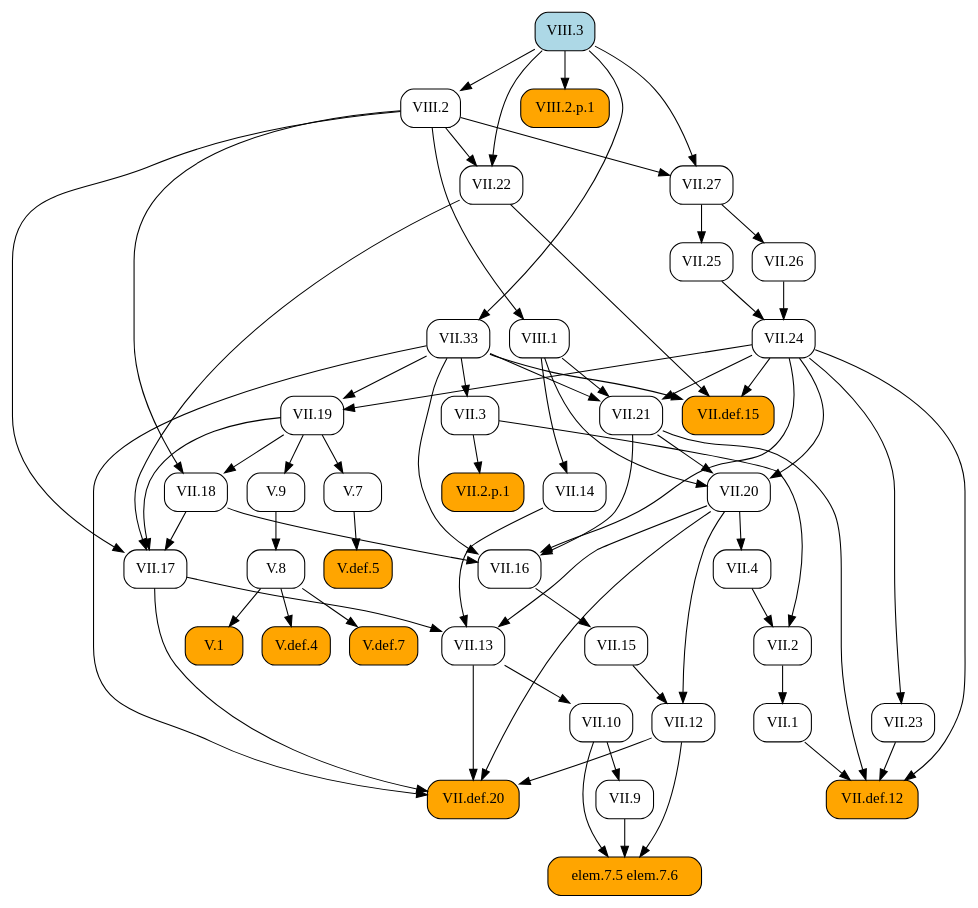
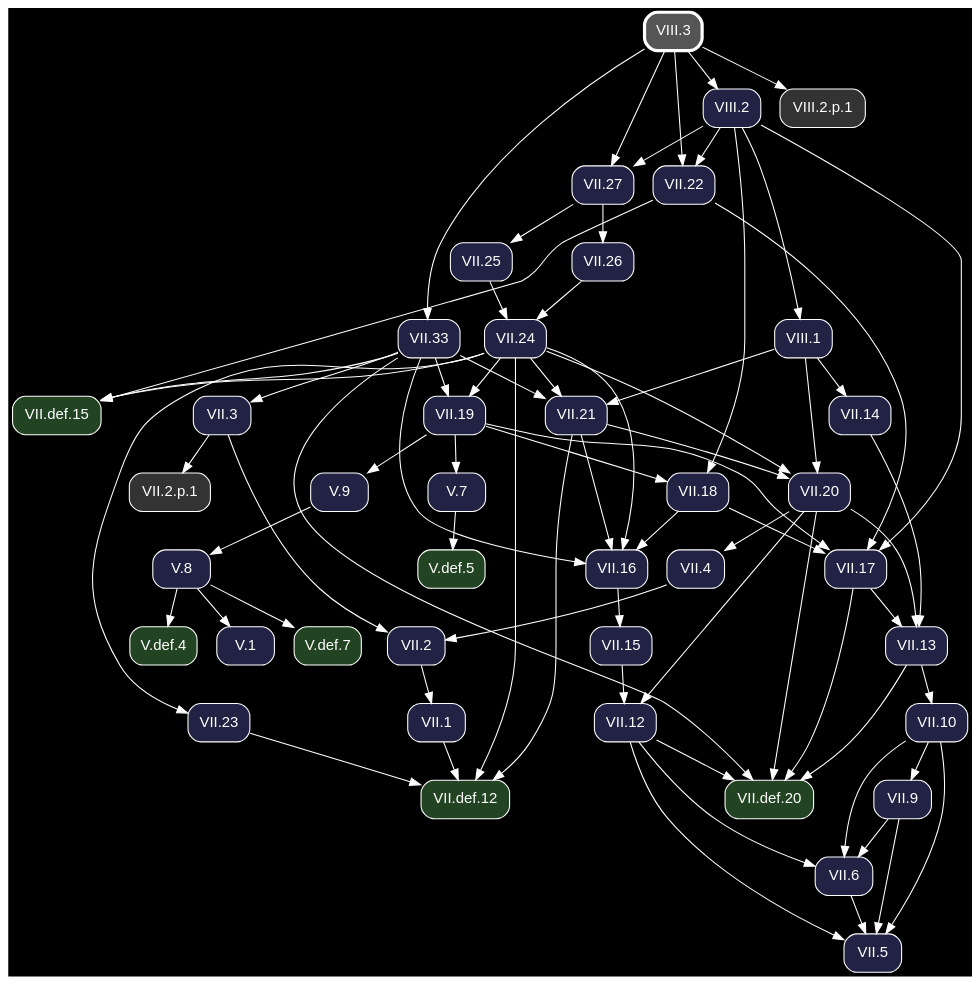
One commit to geometor/elements changed the diagram in docsrc/heath/VIII/3/index.rst. Above: the diagram before and after it, drawn with Graphviz. The commit also changed other lines of this file and 1200 other files, not shown here.

Commit message:
update dependency graphs

```diff
--- a/docsrc/heath/VIII/3/index.rst
+++ b/docsrc/heath/VIII/3/index.rst
@@ -40,79 +40,54 @@
 .. graphviz::
 
    digraph {
+     bgcolor="black";
+     node [shape=box, style="rounded,filled", fontname="Helvetica", color="white", fontcolor="white"];
+     edge [color="white", fontcolor="white"];
      rankdir="TB";
-     node [shape=box, style=rounded];
-     "VII.33" [URL="/heath/VII/33/", target="_top"];
-     "VII.12" [URL="/heath/VII/12/", target="_top"];
-     "elem.7.5 elem.7.6" [style="rounded,filled", fillcolor=orange];
-     "VII.9" [URL="/heath/VII/9/", target="_top"];
-     "VIII.2" [URL="/heath/VIII/2/", target="_top"];
-     "VII.18" [URL="/heath/VII/18/", target="_top"];
-     "VII.16" [URL="/heath/VII/16/", target="_top"];
-     "V.7" [URL="/heath/V/7/", target="_top"];
-     "VII.26" [URL="/heath/VII/26/", target="_top"];
-     "V.def.5" [style="rounded,filled", fillcolor=orange, URL="/heath/V/def.5/", target="_top"];
-     "V.9" [URL="/heath/V/9/", target="_top"];
-     "VII.10" [URL="/heath/VII/10/", target="_top"];
-     "VIII.3" [style="rounded,filled", fillcolor=lightblue, URL="/heath/VIII/3/", target="_top"];
-     "VII.13" [URL="/heath/VII/13/", target="_top"];
-     "VII.def.15" [style="rounded,filled", fillcolor=orange, URL="/heath/VII/def.15/", target="_top"];
-     "VII.17" [URL="/heath/VII/17/", target="_top"];
-     "VIII.2.p.1" [style="rounded,filled", fillcolor=orange];
-     "VII.19" [URL="/heath/VII/19/", target="_top"];
-     "VII.2" [URL="/heath/VII/2/", target="_top"];
-     "VII.def.20" [style="rounded,filled", fillcolor=orange, URL="/heath/VII/def.20/", target="_top"];
-     "VII.2.p.1" [style="rounded,filled", fillcolor=orange];
-     "VII.15" [URL="/heath/VII/15/", target="_top"];
-     "V.def.4" [style="rounded,filled", fillcolor=orange, URL="/heath/V/def.4/", target="_top"];
-     "V.def.7" [style="rounded,filled", fillcolor=orange, URL="/heath/V/def.7/", target="_top"];
-     "VII.14" [URL="/heath/VII/14/", target="_top"];
-     "VII.27" [URL="/heath/VII/27/", target="_top"];
-     "VII.21" [URL="/heath/VII/21/", target="_top"];
-     "VII.22" [URL="/heath/VII/22/", target="_top"];
-     "VII.25" [URL="/heath/VII/25/", target="_top"];
-     "VIII.1" [URL="/heath/VIII/1/", target="_top"];
-     "VII.1" [URL="/heath/VII/1/", target="_top"];
-     "V.8" [URL="/heath/V/8/", target="_top"];
-     "VII.23" [URL="/heath/VII/23/", target="_top"];
-     "VII.4" [URL="/heath/VII/4/", target="_top"];
-     "VII.def.12" [style="rounded,filled", fillcolor=orange, URL="/heath/VII/def.12/", target="_top"];
-     "V.1" [style="rounded,filled", fillcolor=orange, URL="/heath/V/1/", target="_top"];
-     "VII.3" [URL="/heath/VII/3/", target="_top"];
-     "VII.24" [URL="/heath/VII/24/", target="_top"];
-     "VII.20" [URL="/heath/VII/20/", target="_top"];
+     "VII.33" [fillcolor="#222244", URL="/heath/VII/33/", target="_top"];
+     "V.def.5" [fillcolor="#224422", URL="/heath/V/def.5/", target="_top"];
+     "VII.18" [fillcolor="#222244", URL="/heath/VII/18/", target="_top"];
+     "VII.2" [fillcolor="#222244", URL="/heath/VII/2/", target="_top"];
+     "VII.def.20" [fillcolor="#224422", URL="/heath/VII/def.20/", target="_top"];
+     "VII.26" [fillcolor="#222244", URL="/heath/VII/26/", target="_top"];
+     "VII.1" [fillcolor="#222244", URL="/heath/VII/1/", target="_top"];
+     "VII.13" [fillcolor="#222244", URL="/heath/VII/13/", target="_top"];
+     "VIII.2.p.1" [fillcolor="#333333"];
+     "VII.27" [fillcolor="#222244", URL="/heath/VII/27/", target="_top"];
+     "VII.4" [fillcolor="#222244", URL="/heath/VII/4/", target="_top"];
+     "VII.25" [fillcolor="#222244", URL="/heath/VII/25/", target="_top"];
+     "VII.21" [fillcolor="#222244", URL="/heath/VII/21/", target="_top"];
+     "VII.9" [fillcolor="#222244", URL="/heath/VII/9/", target="_top"];
+     "V.7" [fillcolor="#222244", URL="/heath/V/7/", target="_top"];
+     "VII.12" [fillcolor="#222244", URL="/heath/VII/12/", target="_top"];
+     "V.9" [fillcolor="#222244", URL="/heath/V/9/", target="_top"];
+     "VII.17" [fillcolor="#222244", URL="/heath/VII/17/", target="_top"];
+     "VII.24" [fillcolor="#222244", URL="/heath/VII/24/", target="_top"];
+     "VII.22" [fillcolor="#222244", URL="/heath/VII/22/", target="_top"];
+     "VIII.2" [fillcolor="#222244", URL="/heath/VIII/2/", target="_top"];
+     "V.def.7" [fillcolor="#224422", URL="/heath/V/def.7/", target="_top"];
+     "VII.20" [fillcolor="#222244", URL="/heath/VII/20/", target="_top"];
+     "V.def.4" [fillcolor="#224422", URL="/heath/V/def.4/", target="_top"];
+     "VII.5" [fillcolor="#222244", URL="/heath/VII/5/", target="_top"];
+     "VII.def.15" [fillcolor="#224422", URL="/heath/VII/def.15/", target="_top"];
+     "VIII.3" [penwidth=3, color="white", fillcolor="#555555", URL="/heath/VIII/3/", target="_top"];
+     "VII.2.p.1" [fillcolor="#333333"];
+     "VII.6" [fillcolor="#222244", URL="/heath/VII/6/", target="_top"];
+     "VII.16" [fillcolor="#222244", URL="/heath/VII/16/", target="_top"];
+     "VII.15" [fillcolor="#222244", URL="/heath/VII/15/", target="_top"];
+     "V.1" [fillcolor="#222244", URL="/heath/V/1/", target="_top"];
+     "VII.10" [fillcolor="#222244", URL="/heath/VII/10/", target="_top"];
+     "VII.23" [fillcolor="#222244", URL="/heath/VII/23/", target="_top"];
+     "VII.def.12" [fillcolor="#224422", URL="/heath/VII/def.12/", target="_top"];
+     "VII.19" [fillcolor="#222244", URL="/heath/VII/19/", target="_top"];
+     "VIII.1" [fillcolor="#222244", URL="/heath/VIII/1/", target="_top"];
+     "V.8" [fillcolor="#222244", URL="/heath/V/8/", target="_top"];
+     "VII.3" [fillcolor="#222244", URL="/heath/VII/3/", target="_top"];
+     "VII.14" [fillcolor="#222244", URL="/heath/VII/14/", target="_top"];
      "VIII.3" -> "VII.33";
-     "VII.15" -> "VII.12";
-     "VII.20" -> "VII.12";
-     "VII.9" -> "elem.7.5 elem.7.6";
-     "VII.10" -> "elem.7.5 elem.7.6";
-     "VII.12" -> "elem.7.5 elem.7.6";
-     "VII.10" -> "VII.9";
-     "VIII.3" -> "VIII.2";
+     "V.7" -> "V.def.5";
      "VII.19" -> "VII.18";
      "VIII.2" -> "VII.18";
-     "VII.18" -> "VII.16";
-     "VII.21" -> "VII.16";
-     "VII.24" -> "VII.16";
-     "VII.33" -> "VII.16";
-     "VII.19" -> "V.7";
-     "VII.27" -> "VII.26";
-     "V.7" -> "V.def.5";
-     "VII.19" -> "V.9";
-     "VII.13" -> "VII.10";
-     "VII.14" -> "VII.13";
-     "VII.17" -> "VII.13";
-     "VII.20" -> "VII.13";
-     "VII.22" -> "VII.def.15";
-     "VII.24" -> "VII.def.15";
-     "VII.33" -> "VII.def.15";
-     "VII.18" -> "VII.17";
-     "VII.19" -> "VII.17";
-     "VII.22" -> "VII.17";
-     "VIII.2" -> "VII.17";
-     "VIII.3" -> "VIII.2.p.1";
-     "VII.24" -> "VII.19";
-     "VII.33" -> "VII.19";
      "VII.3" -> "VII.2";
      "VII.4" -> "VII.2";
      "VII.12" -> "VII.def.20";
@@ -120,33 +95,65 @@
      "VII.17" -> "VII.def.20";
      "VII.20" -> "VII.def.20";
      "VII.33" -> "VII.def.20";
-     "VII.3" -> "VII.2.p.1";
-     "VII.16" -> "VII.15";
-     "V.8" -> "V.def.4";
-     "V.8" -> "V.def.7";
-     "VIII.1" -> "VII.14";
+     "VII.27" -> "VII.26";
+     "VII.2" -> "VII.1";
+     "VII.14" -> "VII.13";
+     "VII.17" -> "VII.13";
+     "VII.20" -> "VII.13";
+     "VIII.3" -> "VIII.2.p.1";
      "VIII.2" -> "VII.27";
      "VIII.3" -> "VII.27";
+     "VII.20" -> "VII.4";
+     "VII.27" -> "VII.25";
      "VII.24" -> "VII.21";
      "VII.33" -> "VII.21";
      "VIII.1" -> "VII.21";
+     "VII.10" -> "VII.9";
+     "VII.19" -> "V.7";
+     "VII.15" -> "VII.12";
+     "VII.20" -> "VII.12";
+     "VII.19" -> "V.9";
+     "VII.18" -> "VII.17";
+     "VII.19" -> "VII.17";
+     "VII.22" -> "VII.17";
+     "VIII.2" -> "VII.17";
+     "VII.25" -> "VII.24";
+     "VII.26" -> "VII.24";
      "VIII.2" -> "VII.22";
      "VIII.3" -> "VII.22";
-     "VII.27" -> "VII.25";
-     "VIII.2" -> "VIII.1";
-     "VII.2" -> "VII.1";
-     "V.9" -> "V.8";
+     "VIII.3" -> "VIII.2";
+     "V.8" -> "V.def.7";
+     "VII.21" -> "VII.20";
+     "VII.24" -> "VII.20";
+     "VIII.1" -> "VII.20";
+     "V.8" -> "V.def.4";
+     "VII.6" -> "VII.5";
+     "VII.9" -> "VII.5";
+     "VII.10" -> "VII.5";
+     "VII.12" -> "VII.5";
+     "VII.22" -> "VII.def.15";
+     "VII.24" -> "VII.def.15";
+     "VII.33" -> "VII.def.15";
+     "VII.3" -> "VII.2.p.1";
+     "VII.9" -> "VII.6";
+     "VII.10" -> "VII.6";
+     "VII.12" -> "VII.6";
+     "VII.18" -> "VII.16";
+     "VII.21" -> "VII.16";
+     "VII.24" -> "VII.16";
+     "VII.33" -> "VII.16";
+     "VII.16" -> "VII.15";
+     "V.8" -> "V.1";
+     "VII.13" -> "VII.10";
      "VII.24" -> "VII.23";
-     "VII.20" -> "VII.4";
      "VII.1" -> "VII.def.12";
      "VII.21" -> "VII.def.12";
      "VII.23" -> "VII.def.12";
      "VII.24" -> "VII.def.12";
-     "V.8" -> "V.1";
+     "VII.24" -> "VII.19";
+     "VII.33" -> "VII.19";
+     "VIII.2" -> "VIII.1";
+     "V.9" -> "V.8";
      "VII.33" -> "VII.3";
-     "VII.25" -> "VII.24";
-     "VII.26" -> "VII.24";
-     "VII.21" -> "VII.20";
-     "VII.24" -> "VII.20";
-     "VIII.1" -> "VII.20";
+     "VIII.1" -> "VII.14";
    }
```
